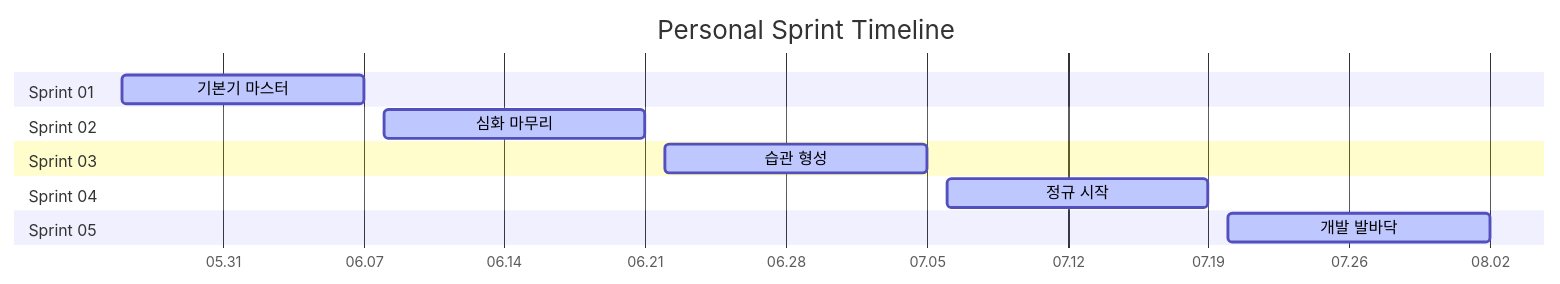
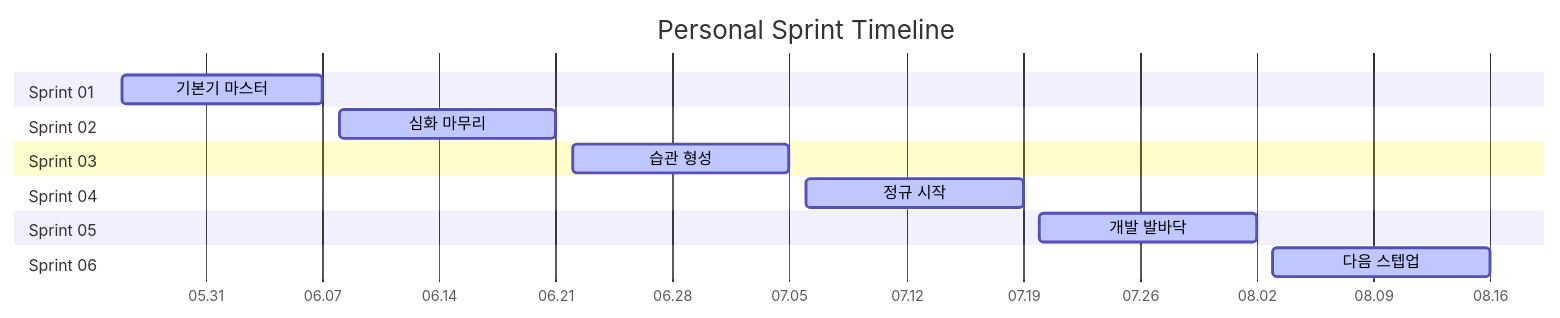
Before and after one commit to Vryez11/personal-sprint: the diagram in README.md, drawn with Mermaid. The commit also changed other lines of this file and 2 other files, not shown here.

Commit message:
sprint06: 목표 설정 및 구조 생성

````diff
--- a/README.md
+++ b/README.md
@@ -17,16 +17,18 @@
 ```mermaid
 gantt
     title Personal Sprint Timeline
     dateFormat YYYY-MM-DD
     axisFormat %m.%d
     section Sprint 01
     기본기 마스터 :active, s1, 2026-05-26, 2026-06-07
     section Sprint 02
     심화 마무리 :active, s2, 2026-06-08, 2026-06-21
     section Sprint 03
     습관 형성 :active, s3, 2026-06-22, 2026-07-05
     section Sprint 04
     정규 시작 :active, s4, 2026-07-06, 2026-07-19
     section Sprint 05
-    개발 발바닥 :active, 25, 2026-07-20, 2026-08-02
+    개발 발바닥 :active, s5, 2026-07-20, 2026-08-02
+    section Sprint 06
+    다음 스텝업 :active, s6, 2026-08-03, 2026-08-16
 ```
````
